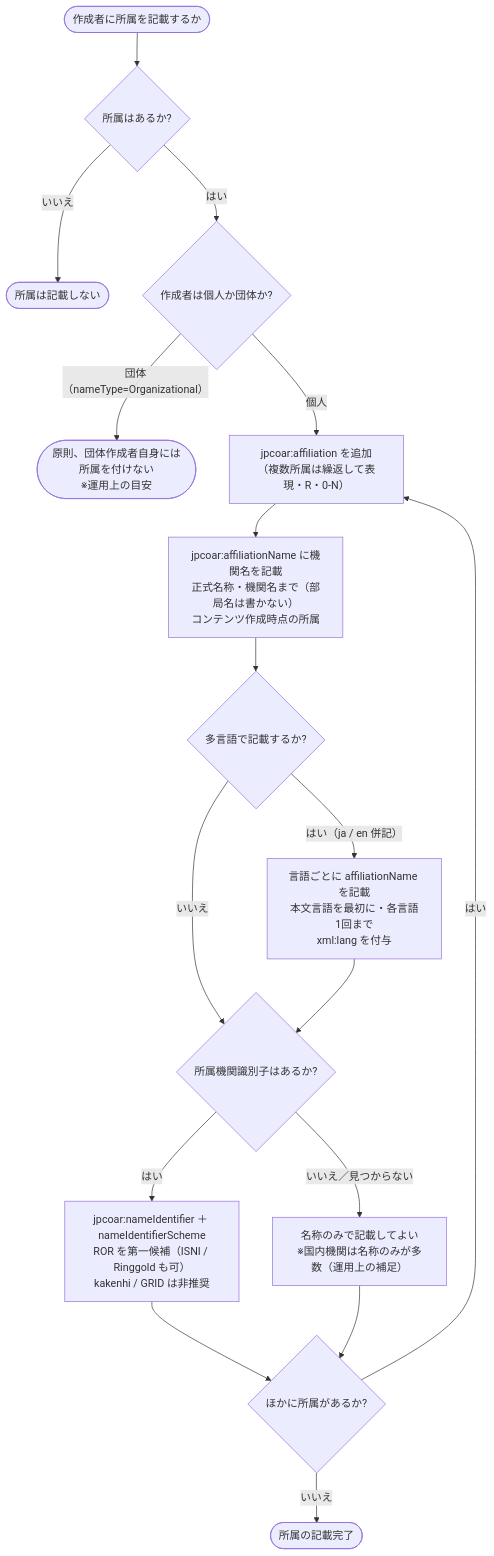
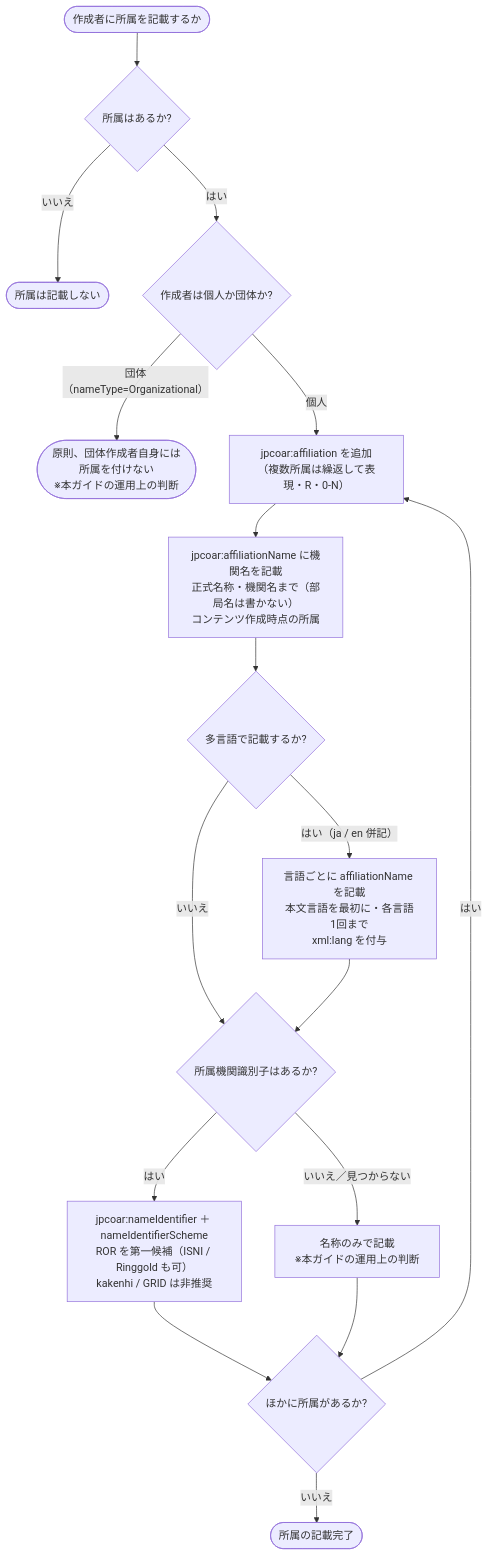
One commit to tzhaya/jpcoarschema-helper changed the second of 2 diagrams in decision-trees/creator.md. Above: the diagram before and after it, drawn with Mermaid. The commit also changed other lines of this file and 1 other file, not shown here.

````diff
--- a/decision-trees/creator.md
+++ b/decision-trees/creator.md
@@ -114,26 +116,26 @@
 ```mermaid
 flowchart TD
     S0([作成者に所属を記載するか]) --> S0d{所属はあるか?}
     S0d -- いいえ --> SEND([所属は記載しない])
     S0d -- "はい" --> S1{作成者は個人か団体か?}
 
-    S1 -- "団体（nameType=Organizational）" --> SORG([原則、団体作成者自身には所属を付けない<br/>※運用上の目安])
+    S1 -- "団体（nameType=Organizational）" --> SORG([原則、団体作成者自身には所属を付けない<br/>※本ガイドの運用上の判断])
     S1 -- 個人 --> S2["jpcoar:affiliation を追加<br/>（複数所属は繰返して表現・R・0-N）"]
 
     S2 --> S3["jpcoar:affiliationName に機関名を記載<br/>正式名称・機関名まで（部局名は書かない）<br/>コンテンツ作成時点の所属"]
     S3 --> S4{多言語で記載するか?}
 
     S4 -- "はい（ja / en 併記）" --> S4a["言語ごとに affiliationName を記載<br/>本文言語を最初に・各言語1回まで<br/>xml:lang を付与"]
     S4 -- いいえ --> S5
     S4a --> S5
 
     S5{所属機関識別子はあるか?}
     S5 -- "はい" --> S5a["jpcoar:nameIdentifier ＋ nameIdentifierScheme<br/>ROR を第一候補（ISNI / Ringgold も可）<br/>kakenhi / GRID は非推奨"]
-    S5 -- "いいえ／見つからない" --> S5b["名称のみで記載してよい<br/>※国内機関は名称のみが多数（運用上の補足）"]
+    S5 -- "いいえ／見つからない" --> S5b["名称のみで記載<br/>※本ガイドの運用上の判断"]
     S5a --> S6
     S5b --> S6
 
     S6{ほかに所属があるか?}
     S6 -- はい --> S2
     S6 -- いいえ --> SENDOK([所属の記載完了])
 ```
````
